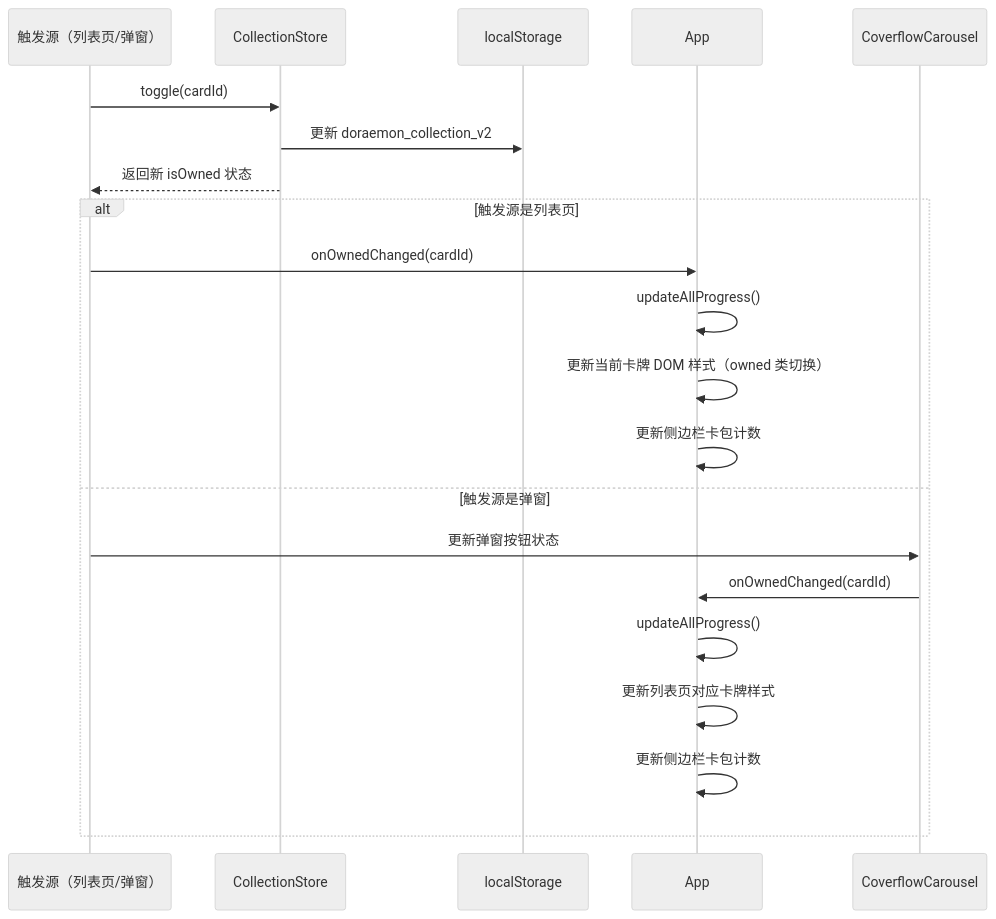
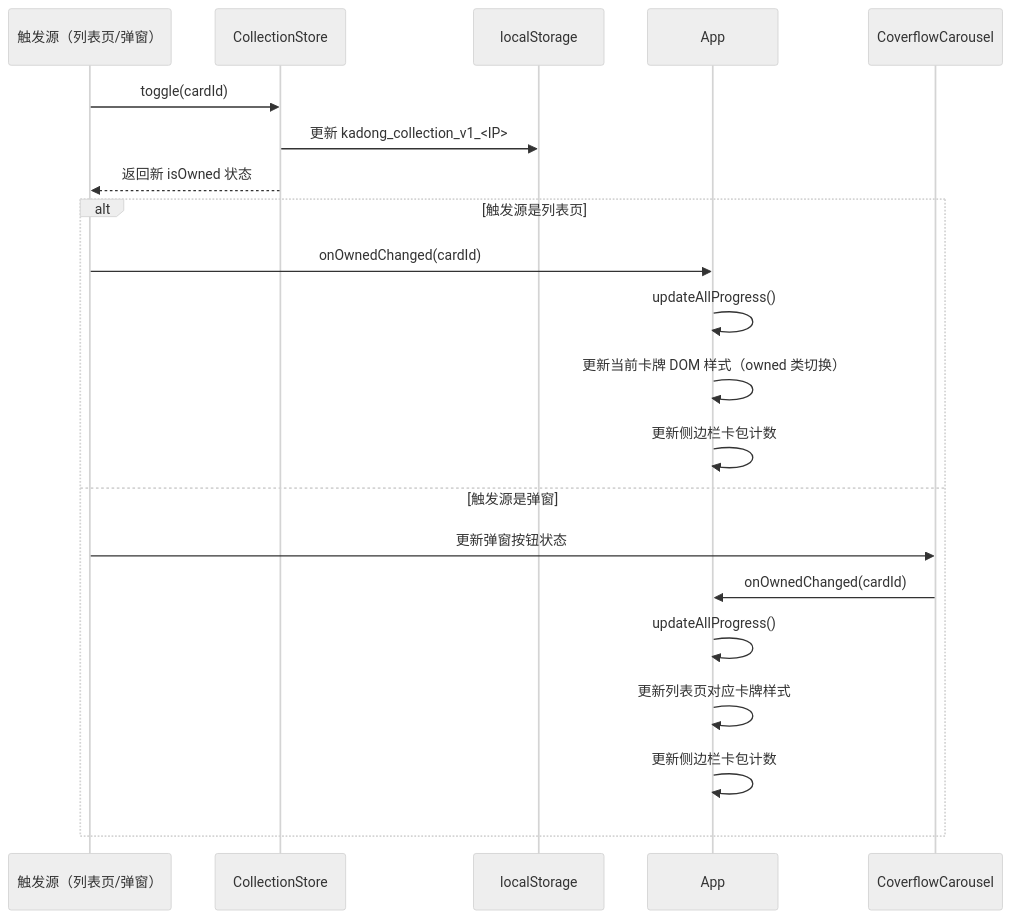
Before and after one commit to 5244DragonLin/doraemon-card-collection: the fourth of 5 diagrams in docs/ARCHITECTURE.md, drawn with Mermaid (neutral theme). The commit also changed other lines of this file and 15 other files, not shown here.

````diff
--- a/docs/ARCHITECTURE.md
+++ b/docs/ARCHITECTURE.md
@@ -546,25 +555,25 @@
 ```mermaid
 sequenceDiagram
     participant Source as 触发源（列表页/弹窗）
     participant Store as CollectionStore
     participant LS as localStorage
     participant App as App
     participant Carousel as CoverflowCarousel
 
     Source->>Store: toggle(cardId)
-    Store->>LS: 更新 doraemon_collection_v2
+    Store->>LS: 更新 kadong_collection_v1_<IP>
     Store-->>Source: 返回新 isOwned 状态
 
     alt 触发源是列表页
         Source->>App: onOwnedChanged(cardId)
         App->>App: updateAllProgress()
         App->>App: 更新当前卡牌 DOM 样式（owned 类切换）
         App->>App: 更新侧边栏卡包计数
     else 触发源是弹窗
         Source->>Carousel: 更新弹窗按钮状态
         Carousel->>App: onOwnedChanged(cardId)
         App->>App: updateAllProgress()
         App->>App: 更新列表页对应卡牌样式
         App->>App: 更新侧边栏卡包计数
     end
 ```
````
